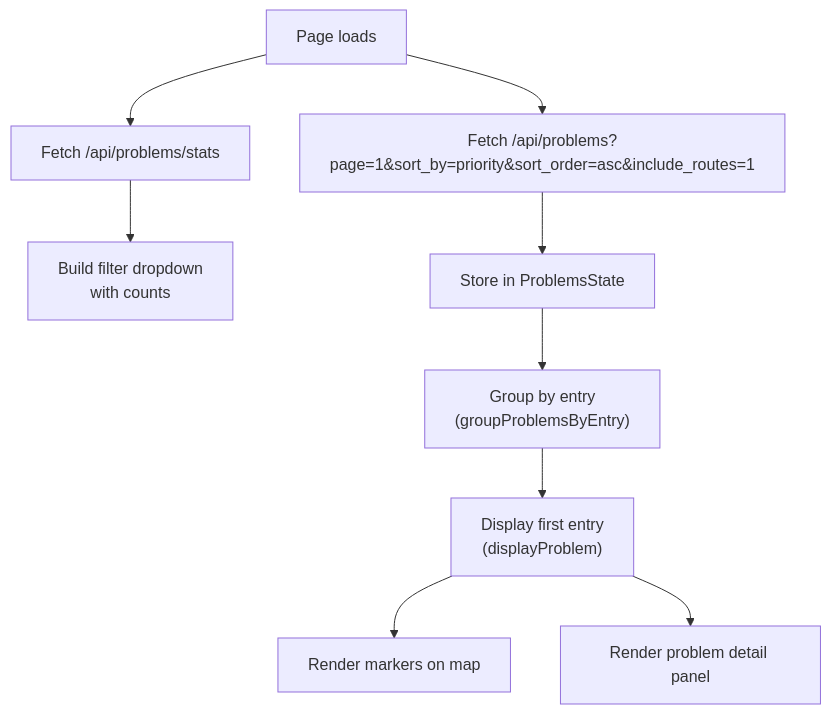
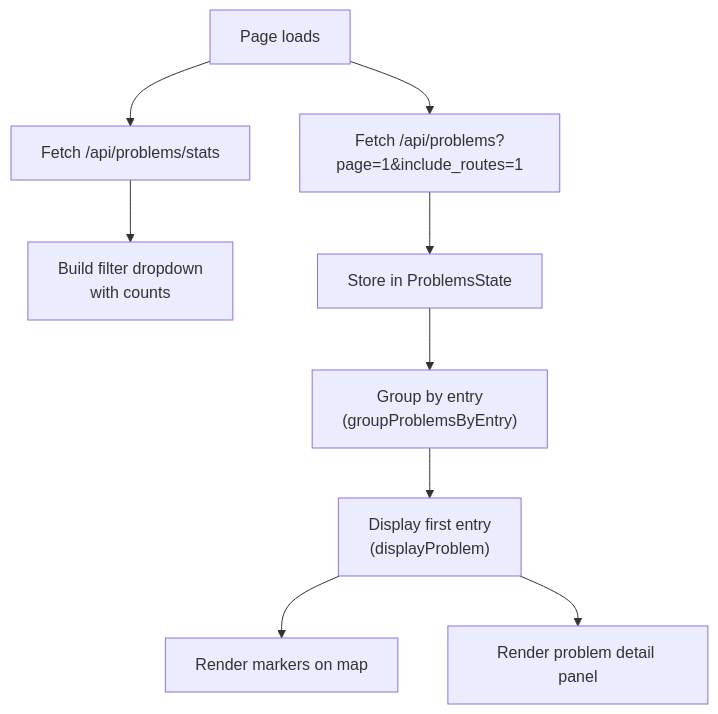
The second of 2 diagrams in documentation/2.4 Problems Page.md (openTdataCH/stop_sync_osm_atlas), drawn with Mermaid before and after one commit. The commit also changed other lines of this file and 125 other files, not shown here.

````diff
--- a/documentation/2.4 Problems Page.md
+++ b/documentation/2.4 Problems Page.md
@@ -114,11 +102,11 @@
 ```mermaid
 flowchart TD
     A["Page loads"] --> B["Fetch /api/problems/stats"]
-    A --> C["Fetch /api/problems?page=1&sort_by=priority&sort_order=asc&include_routes=1"]
+    A --> C["Fetch /api/problems?page=1&include_routes=1"]
     B --> D["Build filter dropdown<br/>with counts"]
     C --> E["Store in ProblemsState"]
     E --> F["Group by entry<br/>(groupProblemsByEntry)"]
     F --> G["Display first entry<br/>(displayProblem)"]
     G --> H["Render markers on map"]
     G --> I["Render problem detail panel"]
 ```
````
